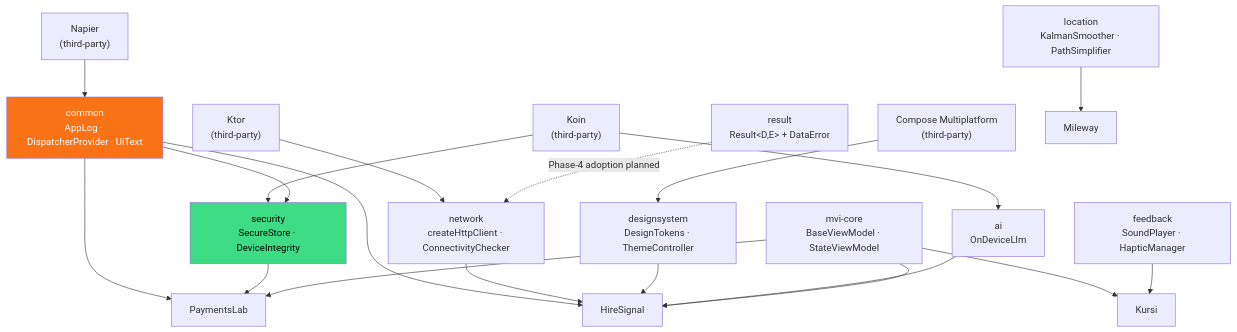
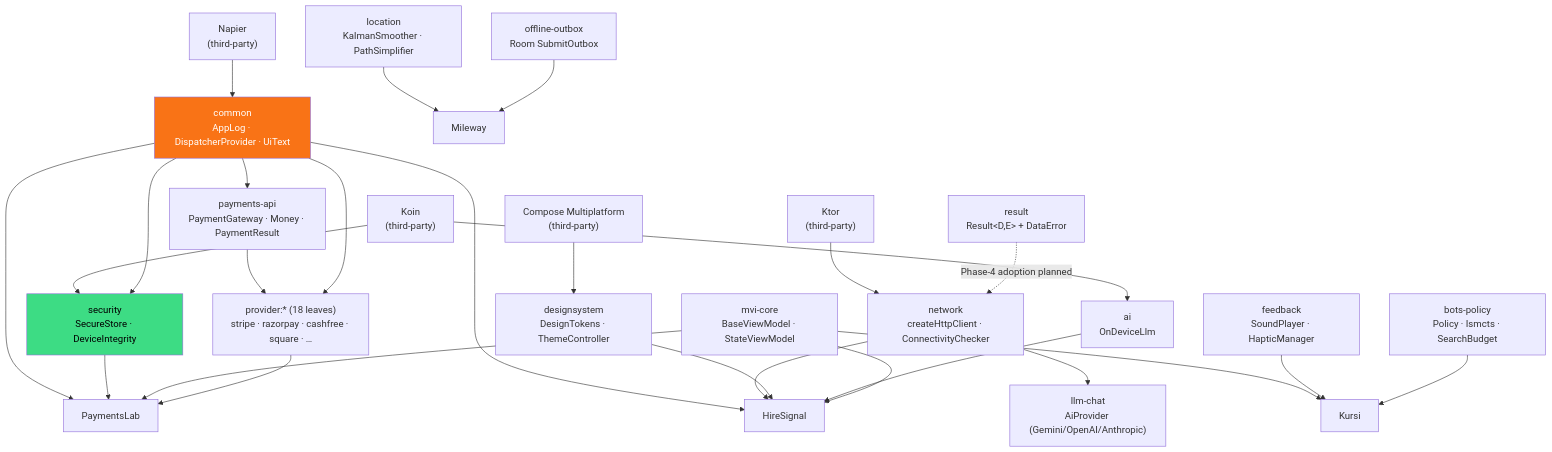
One commit to darkpandawarrior/kmp-toolkit changed the first of 2 diagrams in README.md. Above: the diagram before and after it, drawn with Mermaid. The commit also changed other lines of this file and 6 other files, not shown here.

````diff
--- a/README.md
+++ b/README.md
@@ -84,44 +129,56 @@
 ```mermaid
 graph TD
     NAPIER["Napier<br/>(third-party)"]
     KTOR["Ktor<br/>(third-party)"]
     KOIN["Koin<br/>(third-party)"]
     CMP["Compose Multiplatform<br/>(third-party)"]
 
     RESULT["result<br/>Result&lt;D,E&gt; + DataError"]
     COMMON["common<br/>AppLog · DispatcherProvider · UiText"]
     MVI["mvi-core<br/>BaseViewModel · StateViewModel"]
     NETWORK["network<br/>createHttpClient · ConnectivityChecker"]
     SECURITY["security<br/>SecureStore · DeviceIntegrity"]
     DESIGNSYSTEM["designsystem<br/>DesignTokens · ThemeController"]
     AI["ai<br/>OnDeviceLlm"]
     FEEDBACK["feedback<br/>SoundPlayer · HapticManager"]
     LOCATION["location<br/>KalmanSmoother · PathSimplifier"]
+    LLMCHAT["llm-chat<br/>AiProvider (Gemini/OpenAI/Anthropic)"]
+    PAYMENTSAPI["payments-api<br/>PaymentGateway · Money · PaymentResult"]
+    PROVIDERS["provider:* (18 leaves)<br/>stripe · razorpay · cashfree · square · …"]
+    OUTBOX["offline-outbox<br/>Room SubmitOutbox"]
+    BOTS["bots-policy<br/>Policy · Ismcts · SearchBudget"]
 
     NAPIER --> COMMON
     KTOR --> NETWORK
     KOIN --> AI
     KOIN --> SECURITY
     CMP --> DESIGNSYSTEM
 
     COMMON --> SECURITY
     RESULT -.->|"Phase-4 adoption planned"| NETWORK
+    NETWORK --> LLMCHAT
+    COMMON --> PAYMENTSAPI
+    PAYMENTSAPI --> PROVIDERS
+    COMMON --> PROVIDERS
 
     COMMON --> HIRESIGNAL["HireSignal"]
     NETWORK --> HIRESIGNAL
     DESIGNSYSTEM --> HIRESIGNAL
     AI --> HIRESIGNAL
     MVI --> HIRESIGNAL
 
     COMMON --> PAYMENTSLAB["PaymentsLab"]
     SECURITY --> PAYMENTSLAB
     MVI --> PAYMENTSLAB
+    PROVIDERS --> PAYMENTSLAB
 
     LOCATION --> MILEWAY["Mileway"]
+    OUTBOX --> MILEWAY
 
     MVI --> KURSI["Kursi"]
     FEEDBACK --> KURSI
+    BOTS --> KURSI
 
     style SECURITY fill:#3DDC84,color:#000
     style COMMON fill:#F97316,color:#fff
 ```
````
